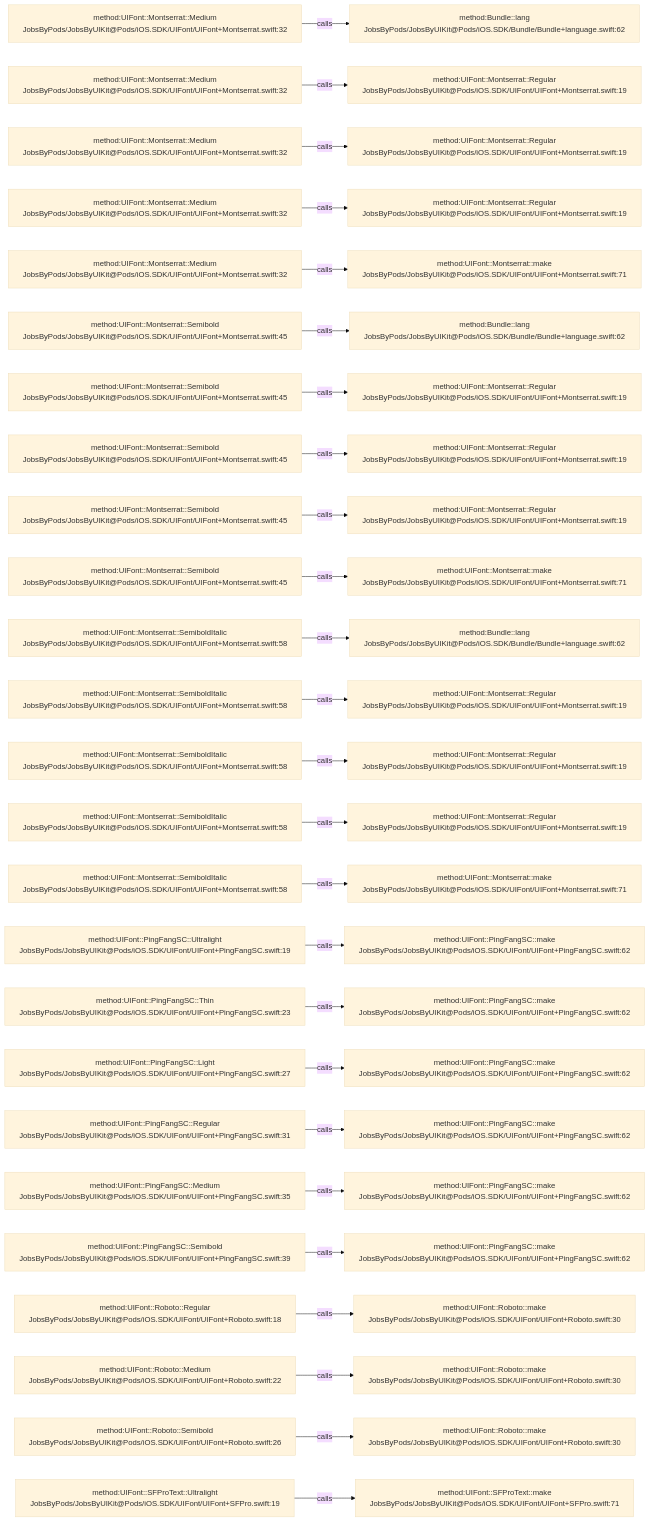
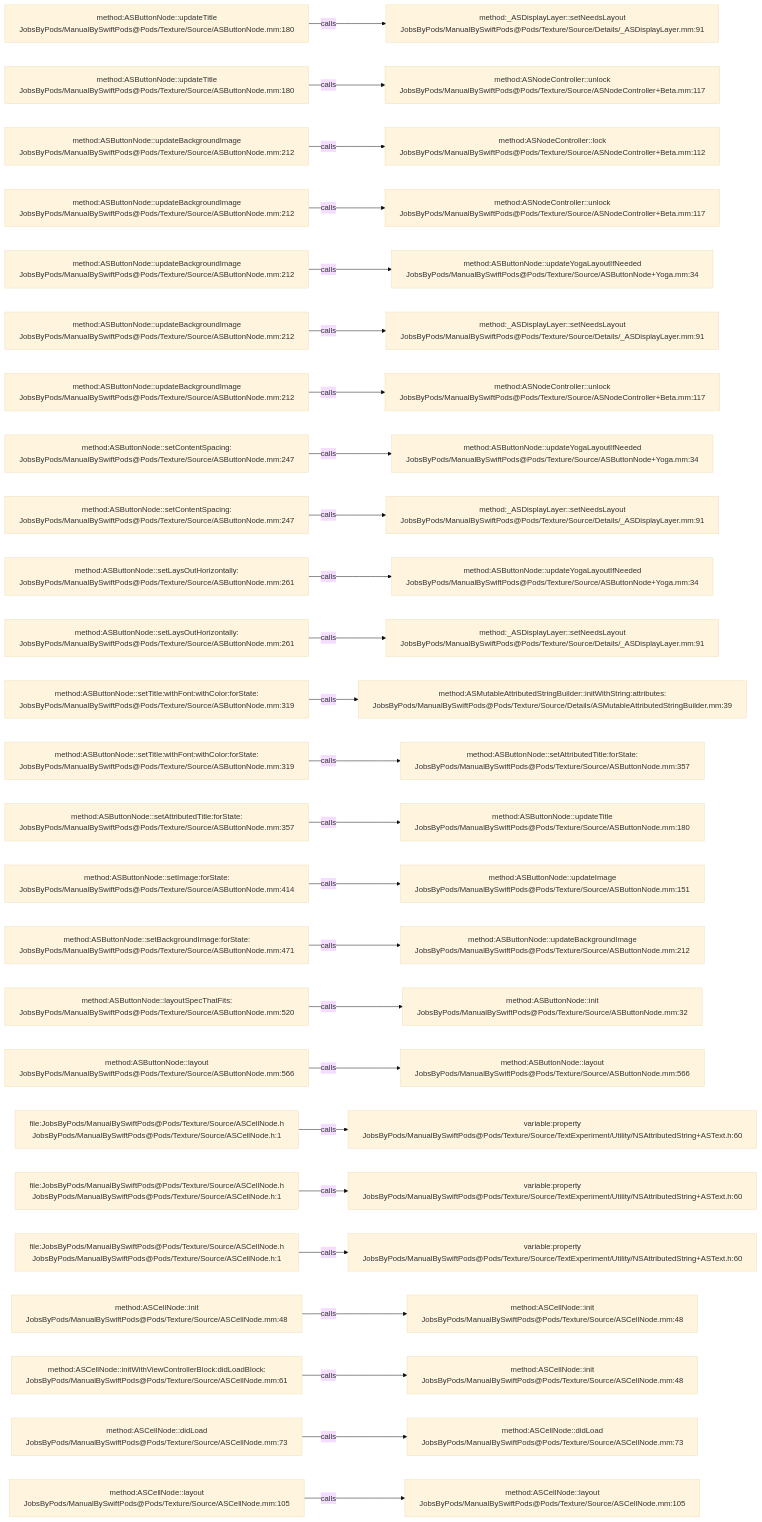
The diagram in .codegraph/codegraph.md/graphs/calls-004.md (JobsKits/JobsSwiftBaseConfigDemo), drawn with Mermaid (base theme) before and after one commit. The commit also changed 832 other files, not shown here.

````diff
--- a/.codegraph/codegraph.md/graphs/calls-004.md
+++ b/.codegraph/codegraph.md/graphs/calls-004.md
@@ -13,78 +13,78 @@
 ```mermaid
 flowchart LR
-  S1["method:UIFont::Montserrat::Medium<br/>JobsByPods/JobsByUIKit@Pods/iOS.SDK/UIFont/UIFont+Montserrat.swift:32"]
-  T1["method:Bundle::lang<br/>JobsByPods/JobsByUIKit@Pods/iOS.SDK/Bundle/Bundle+language.swift:62"]
+  S1["method:ASButtonNode::updateTitle<br/>JobsByPods/ManualBySwiftPods@Pods/Texture/Source/ASButtonNode.mm:180"]
+  T1["method:_ASDisplayLayer::setNeedsLayout<br/>JobsByPods/ManualBySwiftPods@Pods/Texture/Source/Details/_ASDisplayLayer.mm:91"]
   S1 -->|calls| T1
-  S2["method:UIFont::Montserrat::Medium<br/>JobsByPods/JobsByUIKit@Pods/iOS.SDK/UIFont/UIFont+Montserrat.swift:32"]
-  T2["method:UIFont::Montserrat::Regular<br/>JobsByPods/JobsByUIKit@Pods/iOS.SDK/UIFont/UIFont+Montserrat.swift:19"]
+  S2["method:ASButtonNode::updateTitle<br/>JobsByPods/ManualBySwiftPods@Pods/Texture/Source/ASButtonNode.mm:180"]
+  T2["method:ASNodeController::unlock<br/>JobsByPods/ManualBySwiftPods@Pods/Texture/Source/ASNodeController+Beta.mm:117"]
   S2 -->|calls| T2
-  S3["method:UIFont::Montserrat::Medium<br/>JobsByPods/JobsByUIKit@Pods/iOS.SDK/UIFont/UIFont+Montserrat.swift:32"]
-  T3["method:UIFont::Montserrat::Regular<br/>JobsByPods/JobsByUIKit@Pods/iOS.SDK/UIFont/UIFont+Montserrat.swift:19"]
+  S3["method:ASButtonNode::updateBackgroundImage<br/>JobsByPods/ManualBySwiftPods@Pods/Texture/Source/ASButtonNode.mm:212"]
+  T3["method:ASNodeController::lock<br/>JobsByPods/ManualBySwiftPods@Pods/Texture/Source/ASNodeController+Beta.mm:112"]
   S3 -->|calls| T3
-  S4["method:UIFont::Montserrat::Medium<br/>JobsByPods/JobsByUIKit@Pods/iOS.SDK/UIFont/UIFont+Montserrat.swift:32"]
-  T4["method:UIFont::Montserrat::Regular<br/>JobsByPods/JobsByUIKit@Pods/iOS.SDK/UIFont/UIFont+Montserrat.swift:19"]
+  S4["method:ASButtonNode::updateBackgroundImage<br/>JobsByPods/ManualBySwiftPods@Pods/Texture/Source/ASButtonNode.mm:212"]
+  T4["method:ASNodeController::unlock<br/>JobsByPods/ManualBySwiftPods@Pods/Texture/Source/ASNodeController+Beta.mm:117"]
   S4 -->|calls| T4
-  S5["method:UIFont::Montserrat::Medium<br/>JobsByPods/JobsByUIKit@Pods/iOS.SDK/UIFont/UIFont+Montserrat.swift:32"]
-  T5["method:UIFont::Montserrat::make<br/>JobsByPods/JobsByUIKit@Pods/iOS.SDK/UIFont/UIFont+Montserrat.swift:71"]
+  S5["method:ASButtonNode::updateBackgroundImage<br/>JobsByPods/ManualBySwiftPods@Pods/Texture/Source/ASButtonNode.mm:212"]
+  T5["method:ASButtonNode::updateYogaLayoutIfNeeded<br/>JobsByPods/ManualBySwiftPods@Pods/Texture/Source/ASButtonNode+Yoga.mm:34"]
   S5 -->|calls| T5
-  S6["method:UIFont::Montserrat::Semibold<br/>JobsByPods/JobsByUIKit@Pods/iOS.SDK/UIFont/UIFont+Montserrat.swift:45"]
-  T6["method:Bundle::lang<br/>JobsByPods/JobsByUIKit@Pods/iOS.SDK/Bundle/Bundle+language.swift:62"]
+  S6["method:ASButtonNode::updateBackgroundImage<br/>JobsByPods/ManualBySwiftPods@Pods/Texture/Source/ASButtonNode.mm:212"]
+  T6["method:_ASDisplayLayer::setNeedsLayout<br/>JobsByPods/ManualBySwiftPods@Pods/Texture/Source/Details/_ASDisplayLayer.mm:91"]
   S6 -->|calls| T6
-  S7["method:UIFont::Montserrat::Semibold<br/>JobsByPods/JobsByUIKit@Pods/iOS.SDK/UIFont/UIFont+Montserrat.swift:45"]
-  T7["method:UIFont::Montserrat::Regular<br/>JobsByPods/JobsByUIKit@Pods/iOS.SDK/UIFont/UIFont+Montserrat.swift:19"]
+  S7["method:ASButtonNode::updateBackgroundImage<br/>JobsByPods/ManualBySwiftPods@Pods/Texture/Source/ASButtonNode.mm:212"]
+  T7["method:ASNodeController::unlock<br/>JobsByPods/ManualBySwiftPods@Pods/Texture/Source/ASNodeController+Beta.mm:117"]
   S7 -->|calls| T7
-  S8["method:UIFont::Montserrat::Semibold<br/>JobsByPods/JobsByUIKit@Pods/iOS.SDK/UIFont/UIFont+Montserrat.swift:45"]
-  T8["method:UIFont::Montserrat::Regular<br/>JobsByPods/JobsByUIKit@Pods/iOS.SDK/UIFont/UIFont+Montserrat.swift:19"]
+  S8["method:ASButtonNode::setContentSpacing:<br/>JobsByPods/ManualBySwiftPods@Pods/Texture/Source/ASButtonNode.mm:247"]
+  T8["method:ASButtonNode::updateYogaLayoutIfNeeded<br/>JobsByPods/ManualBySwiftPods@Pods/Texture/Source/ASButtonNode+Yoga.mm:34"]
   S8 -->|calls| T8
-  S9["method:UIFont::Montserrat::Semibold<br/>JobsByPods/JobsByUIKit@Pods/iOS.SDK/UIFont/UIFont+Montserrat.swift:45"]
-  T9["method:UIFont::Montserrat::Regular<br/>JobsByPods/JobsByUIKit@Pods/iOS.SDK/UIFont/UIFont+Montserrat.swift:19"]
+  S9["method:ASButtonNode::setContentSpacing:<br/>JobsByPods/ManualBySwiftPods@Pods/Texture/Source/ASButtonNode.mm:247"]
+  T9["method:_ASDisplayLayer::setNeedsLayout<br/>JobsByPods/ManualBySwiftPods@Pods/Texture/Source/Details/_ASDisplayLayer.mm:91"]
   S9 -->|calls| T9
-  S10["method:UIFont::Montserrat::Semibold<br/>JobsByPods/JobsByUIKit@Pods/iOS.SDK/UIFont/UIFont+Montserrat.swift:45"]
-  T10["method:UIFont::Montserrat::make<br/>JobsByPods/JobsByUIKit@Pods/iOS.SDK/UIFont/UIFont+Montserrat.swift:71"]
+  S10["method:ASButtonNode::setLaysOutHorizontally:<br/>JobsByPods/ManualBySwiftPods@Pods/Texture/Source/ASButtonNode.mm:261"]
+  T10["method:ASButtonNode::updateYogaLayoutIfNeeded<br/>JobsByPods/ManualBySwiftPods@Pods/Texture/Source/ASButtonNode+Yoga.mm:34"]
   S10 -->|calls| T10
-  S11["method:UIFont::Montserrat::SemiboldItalic<br/>JobsByPods/JobsByUIKit@Pods/iOS.SDK/UIFont/UIFont+Montserrat.swift:58"]
-  T11["method:Bundle::lang<br/>JobsByPods/JobsByUIKit@Pods/iOS.SDK/Bundle/Bundle+language.swift:62"]
+  S11["method:ASButtonNode::setLaysOutHorizontally:<br/>JobsByPods/ManualBySwiftPods@Pods/Texture/Source/ASButtonNode.mm:261"]
+  T11["method:_ASDisplayLayer::setNeedsLayout<br/>JobsByPods/ManualBySwiftPods@Pods/Texture/Source/Details/_ASDisplayLayer.mm:91"]
   S11 -->|calls| T11
-  S12["method:UIFont::Montserrat::SemiboldItalic<br/>JobsByPods/JobsByUIKit@Pods/iOS.SDK/UIFont/UIFont+Montserrat.swift:58"]
-  T12["method:UIFont::Montserrat::Regular<br/>JobsByPods/JobsByUIKit@Pods/iOS.SDK/UIFont/UIFont+Montserrat.swift:19"]
+  S12["method:ASButtonNode::setTitle:withFont:withColor:forState:<br/>JobsByPods/ManualBySwiftPods@Pods/Texture/Source/ASButtonNode.mm:319"]
+  T12["method:ASMutableAttributedStringBuilder::initWithString:attributes:<br/>JobsByPods/ManualBySwiftPods@Pods/Texture/Source/Details/ASMutableAttributedStringBuilder.mm:39"]
   S12 -->|calls| T12
-  S13["method:UIFont::Montserrat::SemiboldItalic<br/>JobsByPods/JobsByUIKit@Pods/iOS.SDK/UIFont/UIFont+Montserrat.swift:58"]
-  T13["method:UIFont::Montserrat::Regular<br/>JobsByPods/JobsByUIKit@Pods/iOS.SDK/UIFont/UIFont+Montserrat.swift:19"]
+  S13["method:ASButtonNode::setTitle:withFont:withColor:forState:<br/>JobsByPods/ManualBySwiftPods@Pods/Texture/Source/ASButtonNode.mm:319"]
+  T13["method:ASButtonNode::setAttributedTitle:forState:<br/>JobsByPods/ManualBySwiftPods@Pods/Texture/Source/ASButtonNode.mm:357"]
   S13 -->|calls| T13
-  S14["method:UIFont::Montserrat::SemiboldItalic<br/>JobsByPods/JobsByUIKit@Pods/iOS.SDK/UIFont/UIFont+Montserrat.swift:58"]
-  T14["method:UIFont::Montserrat::Regular<br/>JobsByPods/JobsByUIKit@Pods/iOS.SDK/UIFont/UIFont+Montserrat.swift:19"]
+  S14["method:ASButtonNode::setAttributedTitle:forState:<br/>JobsByPods/ManualBySwiftPods@Pods/Texture/Source/ASButtonNode.mm:357"]
+  T14["method:ASButtonNode::updateTitle<br/>JobsByPods/ManualBySwiftPods@Pods/Texture/Source/ASButtonNode.mm:180"]
   S14 -->|calls| T14
-  S15["method:UIFont::Montserrat::SemiboldItalic<br/>JobsByPods/JobsByUIKit@Pods/iOS.SDK/UIFont/UIFont+Montserrat.swift:58"]
-  T15["method:UIFont::Montserrat::make<br/>JobsByPods/JobsByUIKit@Pods/iOS.SDK/UIFont/UIFont+Montserrat.swift:71"]
+  S15["method:ASButtonNode::setImage:forState:<br/>JobsByPods/ManualBySwiftPods@Pods/Texture/Source/ASButtonNode.mm:414"]
+  T15["method:ASButtonNode::updateImage<br/>JobsByPods/ManualBySwiftPods@Pods/Texture/Source/ASButtonNode.mm:151"]
   S15 -->|calls| T15
-  S16["method:UIFont::PingFangSC::Ultralight<br/>JobsByPods/JobsByUIKit@Pods/iOS.SDK/UIFont/UIFont+PingFangSC.swift:19"]
-  T16["method:UIFont::PingFangSC::make<br/>JobsByPods/JobsByUIKit@Pods/iOS.SDK/UIFont/UIFont+PingFangSC.swift:62"]
+  S16["method:ASButtonNode::setBackgroundImage:forState:<br/>JobsByPods/ManualBySwiftPods@Pods/Texture/Source/ASButtonNode.mm:471"]
+  T16["method:ASButtonNode::updateBackgroundImage<br/>JobsByPods/ManualBySwiftPods@Pods/Texture/Source/ASButtonNode.mm:212"]
   S16 -->|calls| T16
-  S17["method:UIFont::PingFangSC::Thin<br/>JobsByPods/JobsByUIKit@Pods/iOS.SDK/UIFont/UIFont+PingFangSC.swift:23"]
-  T17["method:UIFont::PingFangSC::make<br/>JobsByPods/JobsByUIKit@Pods/iOS.SDK/UIFont/UIFont+PingFangSC.swift:62"]
+  S17["method:ASButtonNode::layoutSpecThatFits:<br/>JobsByPods/ManualBySwiftPods@Pods/Texture/Source/ASButtonNode.mm:520"]
+  T17["method:ASButtonNode::init<br/>JobsByPods/ManualBySwiftPods@Pods/Texture/Source/ASButtonNode.mm:32"]
   S17 -->|calls| T17
-  S18["method:UIFont::PingFangSC::Light<br/>JobsByPods/JobsByUIKit@Pods/iOS.SDK/UIFont/UIFont+PingFangSC.swift:27"]
-  T18["method:UIFont::PingFangSC::make<br/>JobsByPods/JobsByUIKit@Pods/iOS.SDK/UIFont/UIFont+PingFangSC.swift:62"]
+  S18["method:ASButtonNode::layout<br/>JobsByPods/ManualBySwiftPods@Pods/Texture/Source/ASButtonNode.mm:566"]
+  T18["method:ASButtonNode::layout<br/>JobsByPods/ManualBySwiftPods@Pods/Texture/Source/ASButtonNode.mm:566"]
   S18 -->|calls| T18
-  S19["method:UIFont::PingFangSC::Regular<br/>JobsByPods/JobsByUIKit@Pods/iOS.SDK/UIFont/UIFont+PingFangSC.swift:31"]
-  T19["method:UIFont::PingFangSC::make<br/>JobsByPods/JobsByUIKit@Pods/iOS.SDK/UIFont/UIFont+PingFangSC.swift:62"]
+  S19["file:JobsByPods/ManualBySwiftPods@Pods/Texture/Source/ASCellNode.h<br/>JobsByPods/ManualBySwiftPods@Pods/Texture/Source/ASCellNode.h:1"]
+  T19["variable:property<br/>JobsByPods/ManualBySwiftPods@Pods/Texture/Source/TextExperiment/Utility/NSAttributedString+ASText.h:60"]
   S19 -->|calls| T19
-  S20["method:UIFont::PingFangSC::Medium<br/>JobsByPods/JobsByUIKit@Pods/iOS.SDK/UIFont/UIFont+PingFangSC.swift:35"]
-  T20["method:UIFont::PingFangSC::make<br/>JobsByPods/JobsByUIKit@Pods/iOS.SDK/UIFont/UIFont+PingFangSC.swift:62"]
+  S20["file:JobsByPods/ManualBySwiftPods@Pods/Texture/Source/ASCellNode.h<br/>JobsByPods/ManualBySwiftPods@Pods/Texture/Source/ASCellNode.h:1"]
+  T20["variable:property<br/>JobsByPods/ManualBySwiftPods@Pods/Texture/Source/TextExperiment/Utility/NSAttributedString+ASText.h:60"]
   S20 -->|calls| T20
-  S21["method:UIFont::PingFangSC::Semibold<br/>JobsByPods/JobsByUIKit@Pods/iOS.SDK/UIFont/UIFont+PingFangSC.swift:39"]
-  T21["method:UIFont::PingFangSC::make<br/>JobsByPods/JobsByUIKit@Pods/iOS.SDK/UIFont/UIFont+PingFangSC.swift:62"]
+  S21["file:JobsByPods/ManualBySwiftPods@Pods/Texture/Source/ASCellNode.h<br/>JobsByPods/ManualBySwiftPods@Pods/Texture/Source/ASCellNode.h:1"]
+  T21["variable:property<br/>JobsByPods/ManualBySwiftPods@Pods/Texture/Source/TextExperiment/Utility/NSAttributedString+ASText.h:60"]
   S21 -->|calls| T21
-  S22["method:UIFont::Roboto::Regular<br/>JobsByPods/JobsByUIKit@Pods/iOS.SDK/UIFont/UIFont+Roboto.swift:18"]
-  T22["method:UIFont::Roboto::make<br/>JobsByPods/JobsByUIKit@Pods/iOS.SDK/UIFont/UIFont+Roboto.swift:30"]
+  S22["method:ASCellNode::init<br/>JobsByPods/ManualBySwiftPods@Pods/Texture/Source/ASCellNode.mm:48"]
+  T22["method:ASCellNode::init<br/>JobsByPods/ManualBySwiftPods@Pods/Texture/Source/ASCellNode.mm:48"]
   S22 -->|calls| T22
-  S23["method:UIFont::Roboto::Medium<br/>JobsByPods/JobsByUIKit@Pods/iOS.SDK/UIFont/UIFont+Roboto.swift:22"]
-  T23["method:UIFont::Roboto::make<br/>JobsByPods/JobsByUIKit@Pods/iOS.SDK/UIFont/UIFont+Roboto.swift:30"]
+  S23["method:ASCellNode::initWithViewControllerBlock:didLoadBlock:<br/>JobsByPods/ManualBySwiftPods@Pods/Texture/Source/ASCellNode.mm:61"]
+  T23["method:ASCellNode::init<br/>JobsByPods/ManualBySwiftPods@Pods/Texture/Source/ASCellNode.mm:48"]
   S23 -->|calls| T23
-  S24["method:UIFont::Roboto::Semibold<br/>JobsByPods/JobsByUIKit@Pods/iOS.SDK/UIFont/UIFont+Roboto.swift:26"]
-  T24["method:UIFont::Roboto::make<br/>JobsByPods/JobsByUIKit@Pods/iOS.SDK/UIFont/UIFont+Roboto.swift:30"]
+  S24["method:ASCellNode::didLoad<br/>JobsByPods/ManualBySwiftPods@Pods/Texture/Source/ASCellNode.mm:73"]
+  T24["method:ASCellNode::didLoad<br/>JobsByPods/ManualBySwiftPods@Pods/Texture/Source/ASCellNode.mm:73"]
   S24 -->|calls| T24
-  S25["method:UIFont::SFProText::Ultralight<br/>JobsByPods/JobsByUIKit@Pods/iOS.SDK/UIFont/UIFont+SFPro.swift:19"]
-  T25["method:UIFont::SFProText::make<br/>JobsByPods/JobsByUIKit@Pods/iOS.SDK/UIFont/UIFont+SFPro.swift:71"]
+  S25["method:ASCellNode::layout<br/>JobsByPods/ManualBySwiftPods@Pods/Texture/Source/ASCellNode.mm:105"]
+  T25["method:ASCellNode::layout<br/>JobsByPods/ManualBySwiftPods@Pods/Texture/Source/ASCellNode.mm:105"]
   S25 -->|calls| T25
 ```
````
